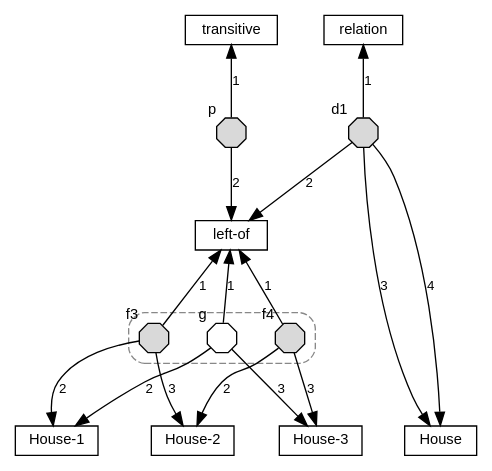
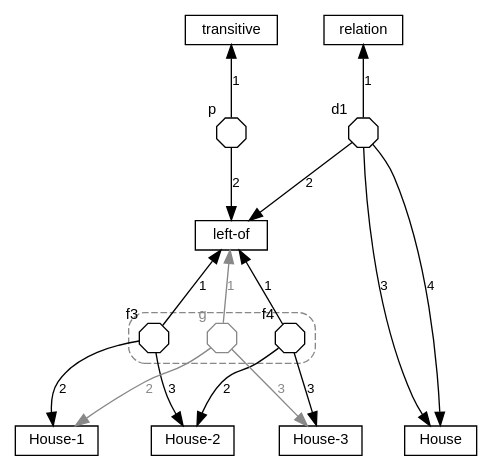
The diagram in docs/ein/reasoning/01-static-ir/diagrams/01-relation-extent.dot (agutikov/ein), drawn with Graphviz before and after one commit. The commit also changed 66 other files, not shown here.

```diff
--- a/docs/ein/reasoning/01-static-ir/diagrams/01-relation-extent.dot
+++ b/docs/ein/reasoning/01-static-ir/diagrams/01-relation-extent.dot
@@ -1,30 +1,30 @@
 digraph one_relation {
   rankdir=TB; nodesep=0.4; ranksep=0.6;
   node [shape=box, fontname="Helvetica", fontsize=11, height=0.3];
   edge [fontname="Helvetica", fontsize=10];
   { rank=min; "transitive"; "relation"; }
   "left-of";
   { rank=max; "House-1"; "House-2"; "House-3"; "House"; }
-  node [shape=octagon, label="", width=0.3, height=0.3, fixedsize=true, style=filled, fillcolor="#d9d9d9"];
+  node [shape=octagon, label="", width=0.3, height=0.3, fixedsize=true];
   p [xlabel="p"]; d1 [xlabel="d1"];
   { rank=same; p; d1; }
   subgraph cluster_extent { style="rounded,dashed"; color="#888888";
     f3 [xlabel="f3"]; f4 [xlabel="f4"];
-    g [xlabel="g", style=solid];
+    g [xlabel="g", color="#888888", fontcolor="#888888"];
   }
   p -> "transitive" [label="1"];
   p -> "left-of" [label="2"];
   d1 -> "relation" [label="1"];
   d1 -> "left-of" [label="2"];
   d1 -> "House" [label="3"];
   d1 -> "House" [label="4"];
   "left-of" -> f3 [label="1", dir=back];
   f3 -> "House-1" [label="2"];
   f3 -> "House-2" [label="3"];
   "left-of" -> f4 [label="1", dir=back];
   f4 -> "House-2" [label="2"];
   f4 -> "House-3" [label="3"];
-  "left-of" -> g [label="1", dir=back];
-  g -> "House-1" [label="2"];
-  g -> "House-3" [label="3"];
+  "left-of" -> g [label="1", dir=back, color="#888888", fontcolor="#888888"];
+  g -> "House-1" [label="2", color="#888888", fontcolor="#888888"];
+  g -> "House-3" [label="3", color="#888888", fontcolor="#888888"];
 }
```
